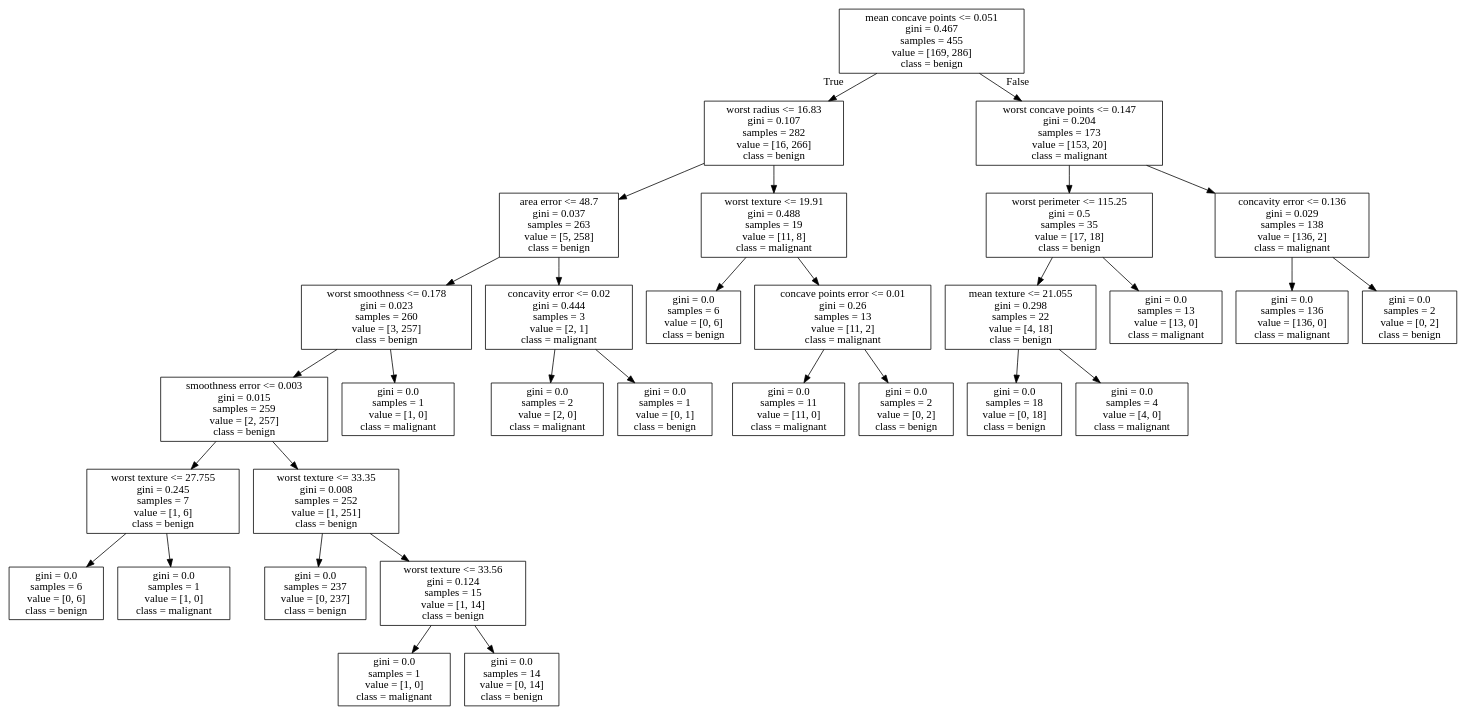
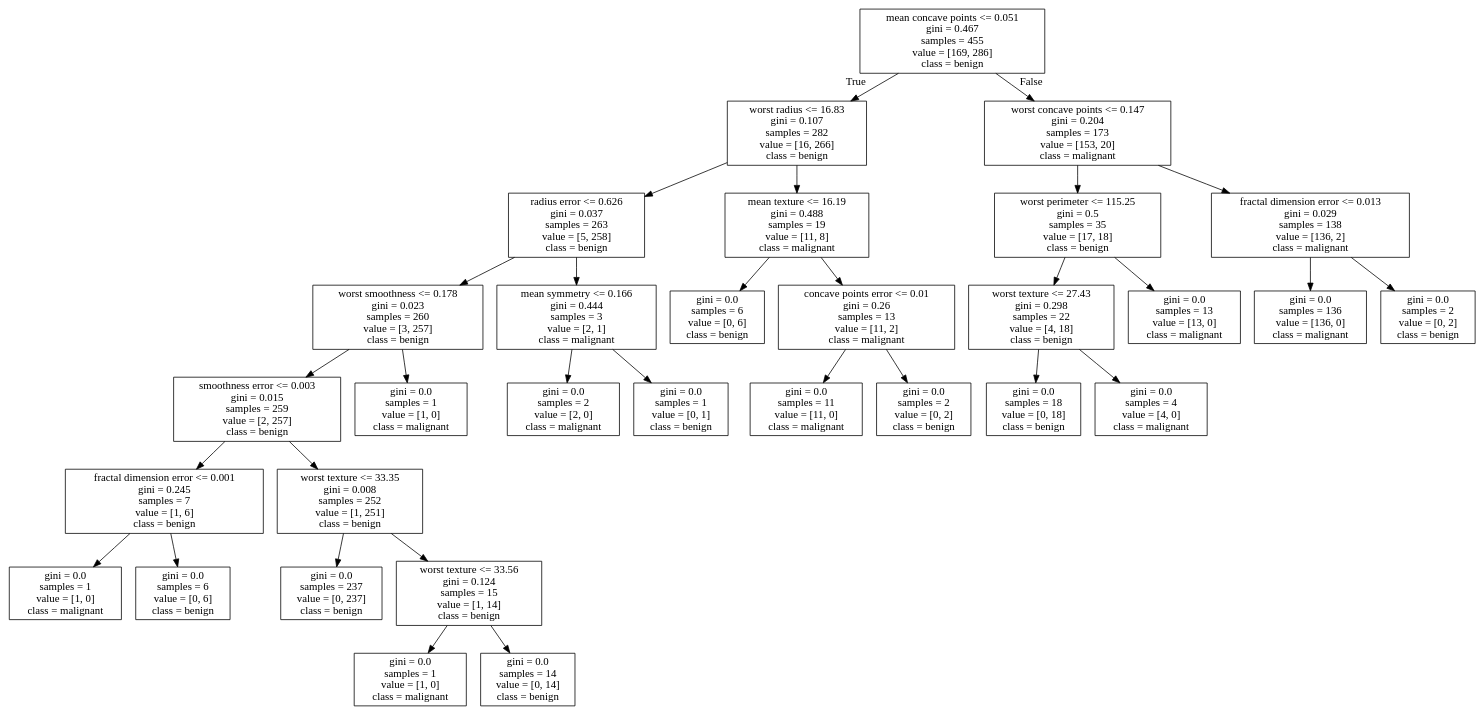
One commit to Paul-Salamea/paulesteban changed the diagram in P5_AplicacionML/tree.dot. Above: the diagram before and after it, drawn with Graphviz. The commit also changed 3 other files, not shown here.

```diff
--- a/P5_AplicacionML/tree.dot
+++ b/P5_AplicacionML/tree.dot
@@ -1,64 +1,64 @@
 digraph Tree {
 node [shape=box] ;
 0 [label="mean concave points <= 0.051\ngini = 0.467\nsamples = 455\nvalue = [169, 286]\nclass = benign"] ;
 1 [label="worst radius <= 16.83\ngini = 0.107\nsamples = 282\nvalue = [16, 266]\nclass = benign"] ;
 0 -> 1 [labeldistance=2.5, labelangle=45, headlabel="True"] ;
-2 [label="area error <= 48.7\ngini = 0.037\nsamples = 263\nvalue = [5, 258]\nclass = benign"] ;
+2 [label="radius error <= 0.626\ngini = 0.037\nsamples = 263\nvalue = [5, 258]\nclass = benign"] ;
 1 -> 2 ;
 3 [label="worst smoothness <= 0.178\ngini = 0.023\nsamples = 260\nvalue = [3, 257]\nclass = benign"] ;
 2 -> 3 ;
 4 [label="smoothness error <= 0.003\ngini = 0.015\nsamples = 259\nvalue = [2, 257]\nclass = benign"] ;
 3 -> 4 ;
-5 [label="worst texture <= 27.755\ngini = 0.245\nsamples = 7\nvalue = [1, 6]\nclass = benign"] ;
+5 [label="fractal dimension error <= 0.001\ngini = 0.245\nsamples = 7\nvalue = [1, 6]\nclass = benign"] ;
 4 -> 5 ;
-6 [label="gini = 0.0\nsamples = 6\nvalue = [0, 6]\nclass = benign"] ;
+6 [label="gini = 0.0\nsamples = 1\nvalue = [1, 0]\nclass = malignant"] ;
 5 -> 6 ;
-7 [label="gini = 0.0\nsamples = 1\nvalue = [1, 0]\nclass = malignant"] ;
+7 [label="gini = 0.0\nsamples = 6\nvalue = [0, 6]\nclass = benign"] ;
 5 -> 7 ;
 8 [label="worst texture <= 33.35\ngini = 0.008\nsamples = 252\nvalue = [1, 251]\nclass = benign"] ;
 4 -> 8 ;
 9 [label="gini = 0.0\nsamples = 237\nvalue = [0, 237]\nclass = benign"] ;
 8 -> 9 ;
 10 [label="worst texture <= 33.56\ngini = 0.124\nsamples = 15\nvalue = [1, 14]\nclass = benign"] ;
 8 -> 10 ;
 11 [label="gini = 0.0\nsamples = 1\nvalue = [1, 0]\nclass = malignant"] ;
 10 -> 11 ;
 12 [label="gini = 0.0\nsamples = 14\nvalue = [0, 14]\nclass = benign"] ;
 10 -> 12 ;
 13 [label="gini = 0.0\nsamples = 1\nvalue = [1, 0]\nclass = malignant"] ;
 3 -> 13 ;
-14 [label="concavity error <= 0.02\ngini = 0.444\nsamples = 3\nvalue = [2, 1]\nclass = malignant"] ;
+14 [label="mean symmetry <= 0.166\ngini = 0.444\nsamples = 3\nvalue = [2, 1]\nclass = malignant"] ;
 2 -> 14 ;
 15 [label="gini = 0.0\nsamples = 2\nvalue = [2, 0]\nclass = malignant"] ;
 14 -> 15 ;
 16 [label="gini = 0.0\nsamples = 1\nvalue = [0, 1]\nclass = benign"] ;
 14 -> 16 ;
-17 [label="worst texture <= 19.91\ngini = 0.488\nsamples = 19\nvalue = [11, 8]\nclass = malignant"] ;
+17 [label="mean texture <= 16.19\ngini = 0.488\nsamples = 19\nvalue = [11, 8]\nclass = malignant"] ;
 1 -> 17 ;
 18 [label="gini = 0.0\nsamples = 6\nvalue = [0, 6]\nclass = benign"] ;
 17 -> 18 ;
 19 [label="concave points error <= 0.01\ngini = 0.26\nsamples = 13\nvalue = [11, 2]\nclass = malignant"] ;
 17 -> 19 ;
 20 [label="gini = 0.0\nsamples = 11\nvalue = [11, 0]\nclass = malignant"] ;
 19 -> 20 ;
 21 [label="gini = 0.0\nsamples = 2\nvalue = [0, 2]\nclass = benign"] ;
 19 -> 21 ;
 22 [label="worst concave points <= 0.147\ngini = 0.204\nsamples = 173\nvalue = [153, 20]\nclass = malignant"] ;
 0 -> 22 [labeldistance=2.5, labelangle=-45, headlabel="False"] ;
 23 [label="worst perimeter <= 115.25\ngini = 0.5\nsamples = 35\nvalue = [17, 18]\nclass = benign"] ;
 22 -> 23 ;
-24 [label="mean texture <= 21.055\ngini = 0.298\nsamples = 22\nvalue = [4, 18]\nclass = benign"] ;
+24 [label="worst texture <= 27.43\ngini = 0.298\nsamples = 22\nvalue = [4, 18]\nclass = benign"] ;
 23 -> 24 ;
 25 [label="gini = 0.0\nsamples = 18\nvalue = [0, 18]\nclass = benign"] ;
 24 -> 25 ;
 26 [label="gini = 0.0\nsamples = 4\nvalue = [4, 0]\nclass = malignant"] ;
 24 -> 26 ;
 27 [label="gini = 0.0\nsamples = 13\nvalue = [13, 0]\nclass = malignant"] ;
 23 -> 27 ;
-28 [label="concavity error <= 0.136\ngini = 0.029\nsamples = 138\nvalue = [136, 2]\nclass = malignant"] ;
+28 [label="fractal dimension error <= 0.013\ngini = 0.029\nsamples = 138\nvalue = [136, 2]\nclass = malignant"] ;
 22 -> 28 ;
 29 [label="gini = 0.0\nsamples = 136\nvalue = [136, 0]\nclass = malignant"] ;
 28 -> 29 ;
 30 [label="gini = 0.0\nsamples = 2\nvalue = [0, 2]\nclass = benign"] ;
 28 -> 30 ;
 }
```
